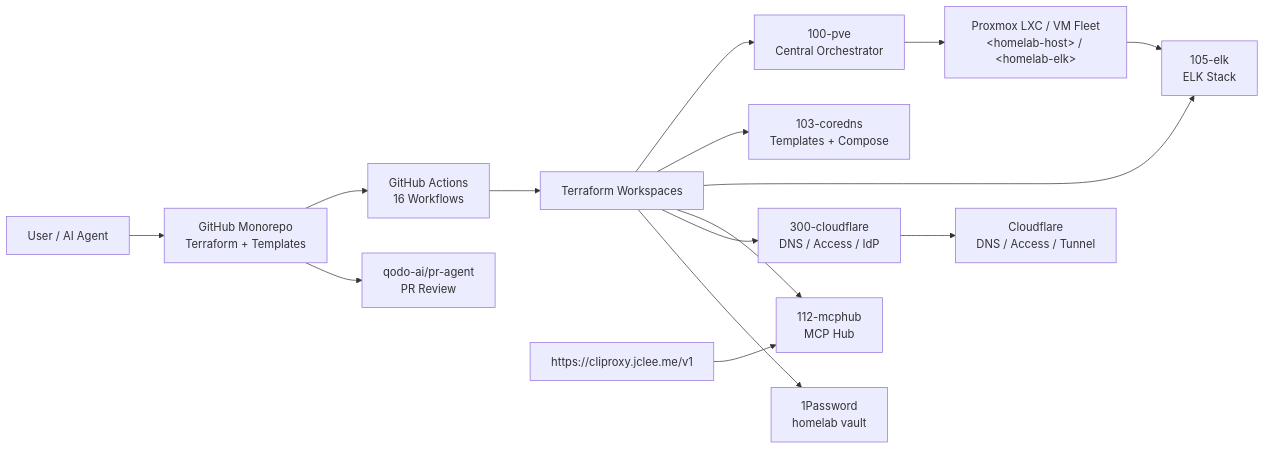
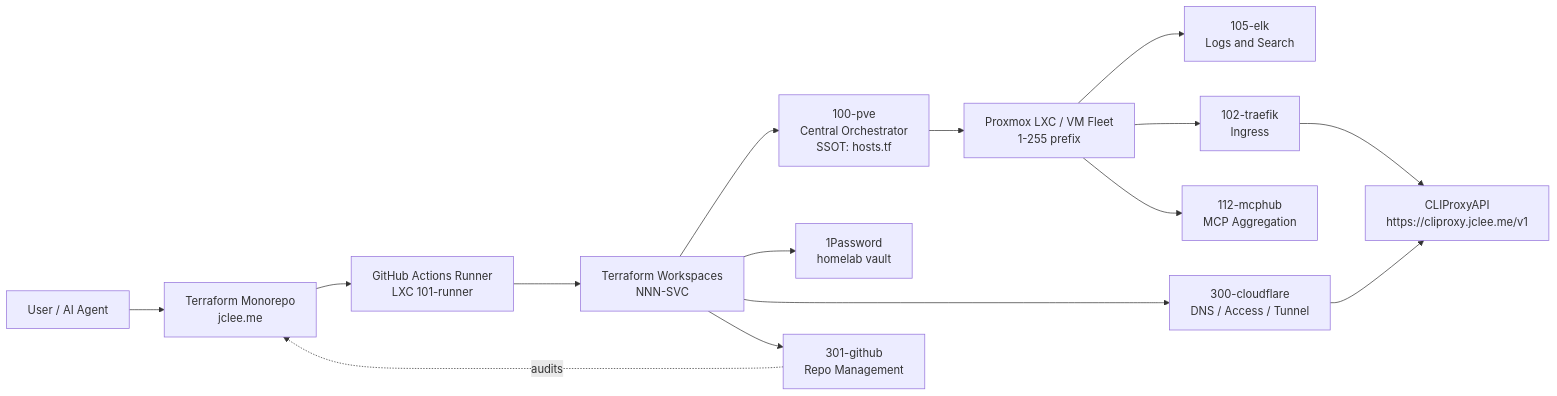
One commit to jclee941/terraform changed the second of 2 diagrams in README.md. Above: the diagram before and after it, drawn with Mermaid. The commit also changed other lines of this file, not shown here.

````diff
--- a/README.md
+++ b/README.md
@@ -460,32 +314,31 @@
 ```mermaid
 flowchart LR
-  Dev["User / AI Agent"]
-  Repo["GitHub Monorepo<br/>Terraform + Templates"]
-  CI["GitHub Actions<br/>16 Workflows"]
-  TF["Terraform Workspaces"]
-  PVE["100-pve<br/>Central Orchestrator"]
-  DNS_ws["103-coredns<br/>Templates + Compose"]
-  ELK_ws["105-elk<br/>ELK Stack"]
-  MCP_ws["112-mcphub<br/>MCP Hub"]
-  CF_ws["300-cloudflare<br/>DNS / Access / IdP"]
-  Fleet["Proxmox LXC / VM Fleet<br/>&lt;homelab-host&gt; / &lt;homelab-elk&gt;"]
-  OP["1Password<br/>homelab vault"]
-  CDN["Cloudflare<br/>DNS / Access / Tunnel"]
-  PRReview["qodo-ai/pr-agent<br/>PR Review"]
-  Public["https://cliproxy.jclee.me/v1"]
+    Agent["User / AI Agent"]
+    Repo["Terraform Monorepo<br/>jclee.me"]
+    CI["GitHub Actions Runner<br/>LXC 101-runner"]
+    TF["Terraform Workspaces<br/>NNN-SVC"]
+    PVE["100-pve<br/>Central Orchestrator<br/>SSOT: hosts.tf"]
+    Fleet["Proxmox LXC / VM Fleet<br/>1-255 prefix"]
+    OP["1Password<br/>homelab vault"]
+    CF["300-cloudflare<br/>DNS / Access / Tunnel"]
+    Traefik["102-traefik<br/>Ingress"]
+    ELK["105-elk<br/>Logs and Search"]
+    MCP["112-mcphub<br/>MCP Aggregation"]
+    Proxy["CLIProxyAPI<br/>https://cliproxy.jclee.me/v1"]
+    Bots["301-github<br/>Repo Management"]
 
-  Dev --> Repo
-  Repo --> CI
-  CI --> TF
-  TF --> PVE
-  TF --> DNS_ws
-  TF --> ELK_ws
-  TF --> MCP_ws
-  TF --> CF_ws
-  PVE --> Fleet
-  TF --> OP
-  Fleet --> ELK_ws
-  CF_ws --> CDN
-  Repo --> PRReview
-  Public --> MCP_ws
+    Agent --> Repo
+    Repo --> CI
+    CI --> TF
+    TF --> PVE
+    PVE --> Fleet
+    TF --> OP
+    TF --> CF
+    TF --> Bots
+    Fleet --> ELK
+    Fleet --> Traefik
+    Fleet --> MCP
+    CF --> Proxy
+    Traefik --> Proxy
+    Bots -.audits.-> Repo
 ```
````
